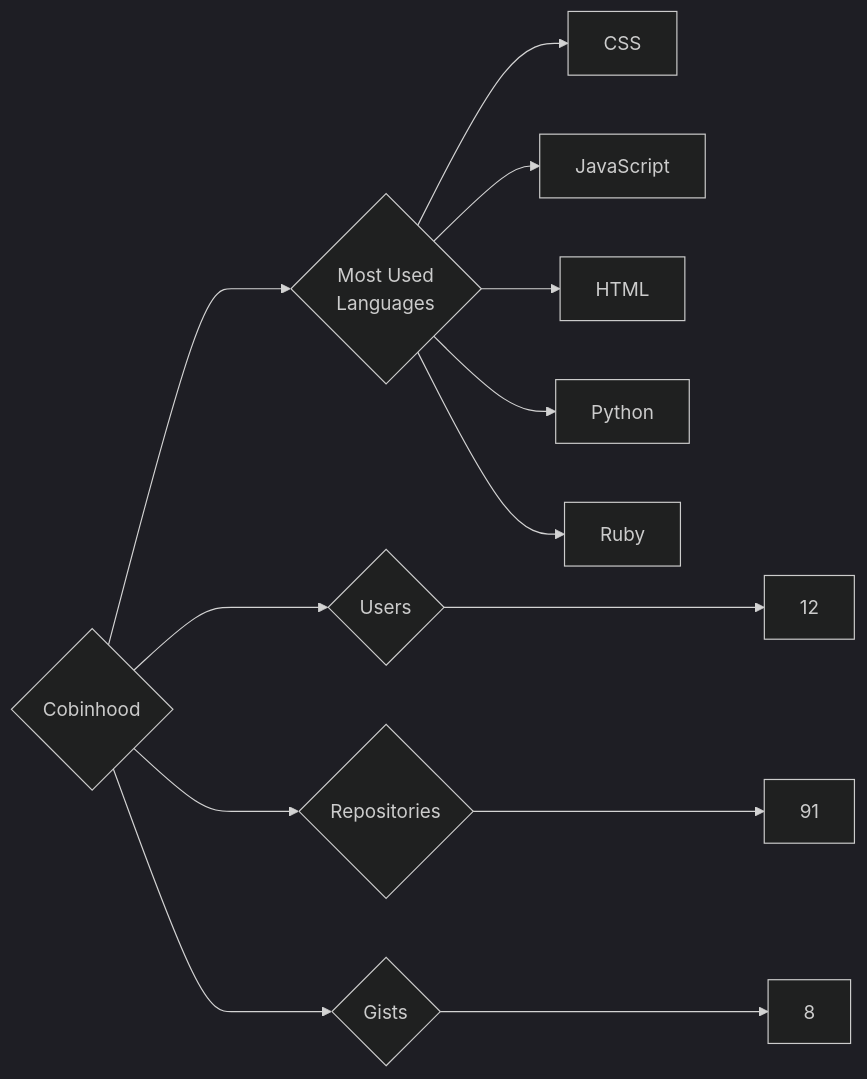
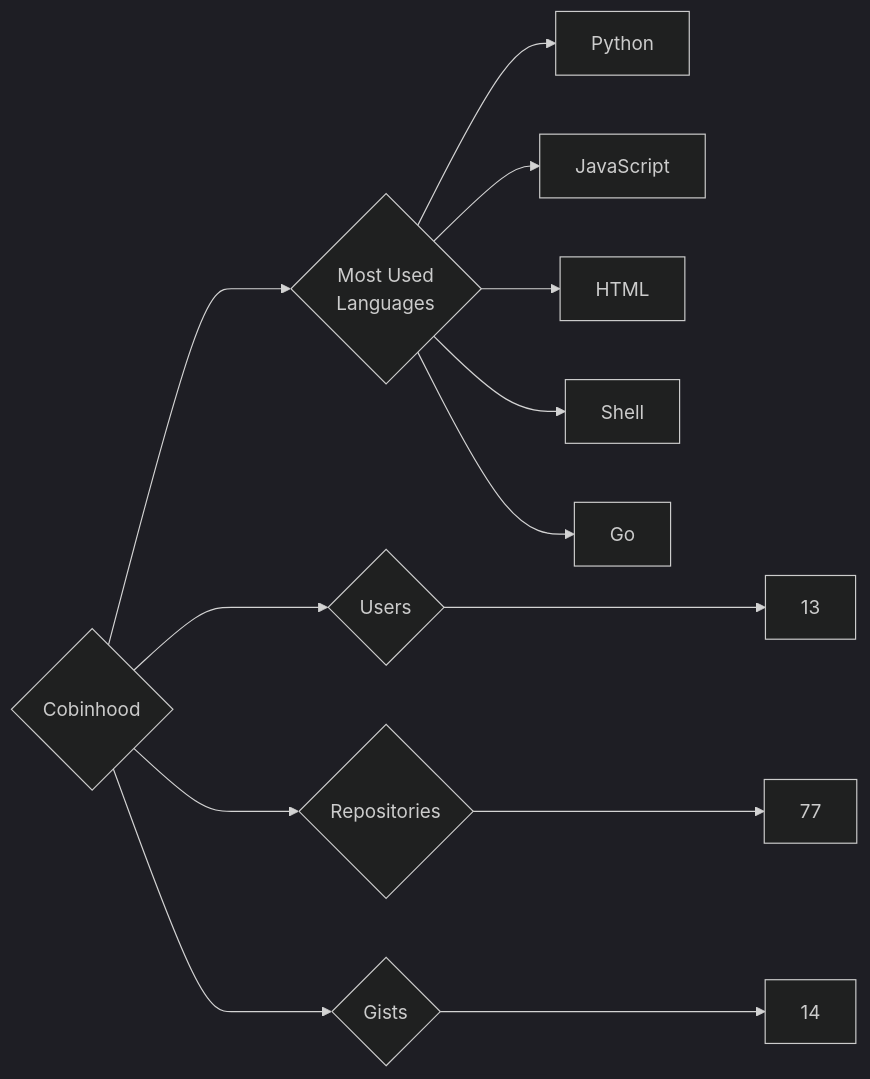
Before and after one commit to trickest/insiders: the diagram in targets/Cobinhood/README.md, drawn with Mermaid (dark theme). The commit also changed 998 other files, not shown here.

````diff
--- a/targets/Cobinhood/README.md
+++ b/targets/Cobinhood/README.md
@@ -3,13 +3,13 @@
 ```mermaid
 graph LR
 COMPANY_NAME{Cobinhood}
-COMPANY_NAME ---> U{Users} ---> UN[12]
-COMPANY_NAME ---> R{Repositories} ---> RN[91]
-COMPANY_NAME ---> G{Gists} ---> GN[8]
+COMPANY_NAME ---> U{Users} ---> UN[13]
+COMPANY_NAME ---> R{Repositories} ---> RN[77]
+COMPANY_NAME ---> G{Gists} ---> GN[14]
 COMPANY_NAME ---> ML{Most Used<br>Languages}
-ML --> CSS[CSS]
+ML --> Python[Python]
 ML --> JavaScript[JavaScript]
 ML --> HTML[HTML]
-ML --> Python[Python]
-ML --> Ruby[Ruby]
+ML --> Shell[Shell]
+ML --> Go[Go]
 ```
````
